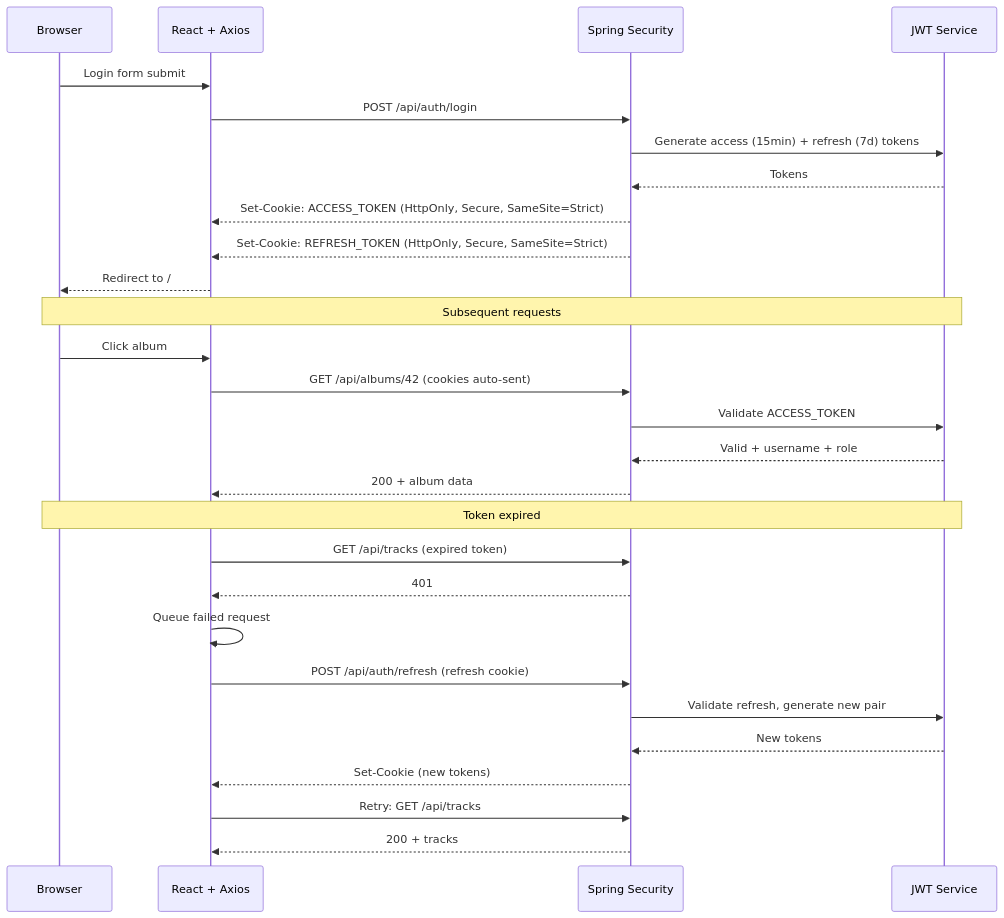
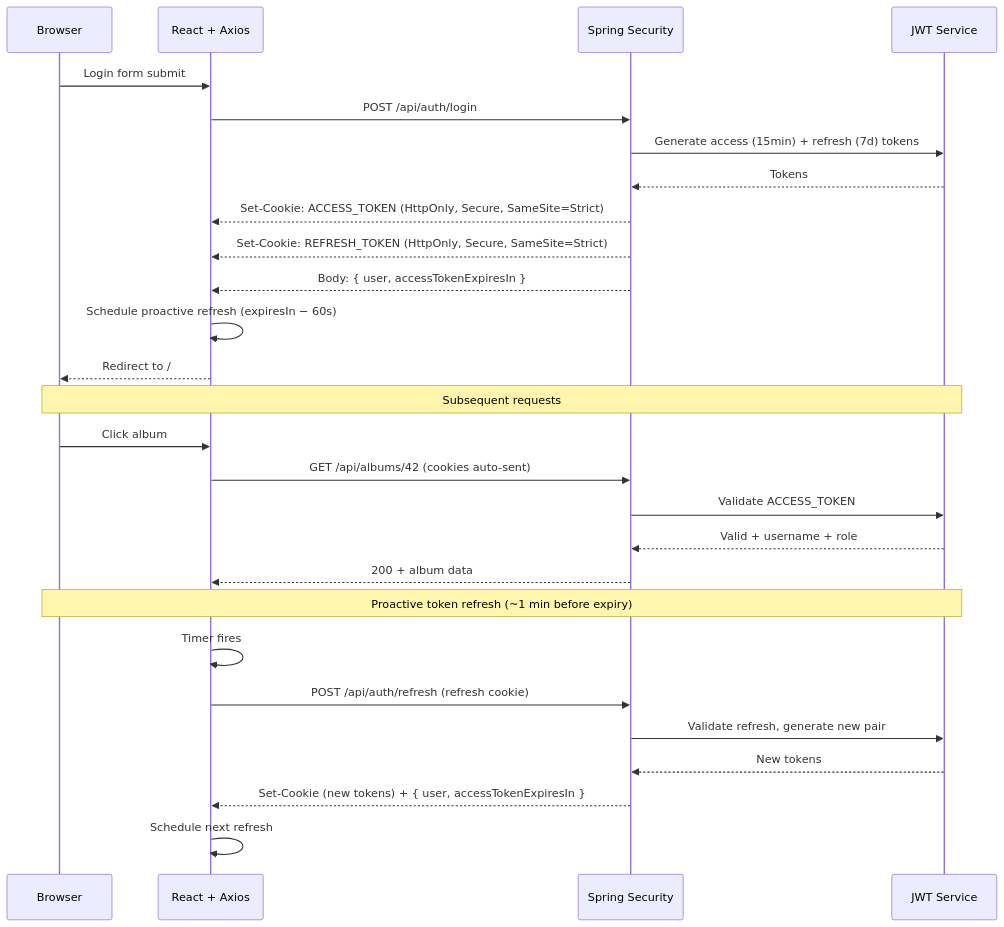
The fifth of 6 diagrams in README.md (Cortadai/musicode), drawn with Mermaid before and after one commit. The commit also changed other lines of this file and 19 other files, not shown here.

First line of the commit message:
fix: three bugs — library rescan, cover art cleanup, proactive JWT refresh

````diff
--- a/README.md
+++ b/README.md
@@ -285,33 +285,32 @@
 ```mermaid
 sequenceDiagram
     participant B as Browser
     participant R as React + Axios
     participant S as Spring Security
     participant J as JWT Service
 
     B->>R: Login form submit
     R->>S: POST /api/auth/login
     S->>J: Generate access (15min) + refresh (7d) tokens
     J-->>S: Tokens
     S-->>R: Set-Cookie: ACCESS_TOKEN (HttpOnly, Secure, SameSite=Strict)
     S-->>R: Set-Cookie: REFRESH_TOKEN (HttpOnly, Secure, SameSite=Strict)
+    S-->>R: Body: { user, accessTokenExpiresIn }
+    R->>R: Schedule proactive refresh (expiresIn − 60s)
     R-->>B: Redirect to /
 
     Note over B,J: Subsequent requests
     B->>R: Click album
     R->>S: GET /api/albums/42 (cookies auto-sent)
     S->>J: Validate ACCESS_TOKEN
     J-->>S: Valid + username + role
     S-->>R: 200 + album data
 
-    Note over B,J: Token expired
-    R->>S: GET /api/tracks (expired token)
-    S-->>R: 401
-    R->>R: Queue failed request
+    Note over B,J: Proactive token refresh (~1 min before expiry)
+    R->>R: Timer fires
     R->>S: POST /api/auth/refresh (refresh cookie)
     S->>J: Validate refresh, generate new pair
     J-->>S: New tokens
-    S-->>R: Set-Cookie (new tokens)
-    R->>S: Retry: GET /api/tracks
-    S-->>R: 200 + tracks
+    S-->>R: Set-Cookie (new tokens) + { user, accessTokenExpiresIn }
+    R->>R: Schedule next refresh
 ```
````
